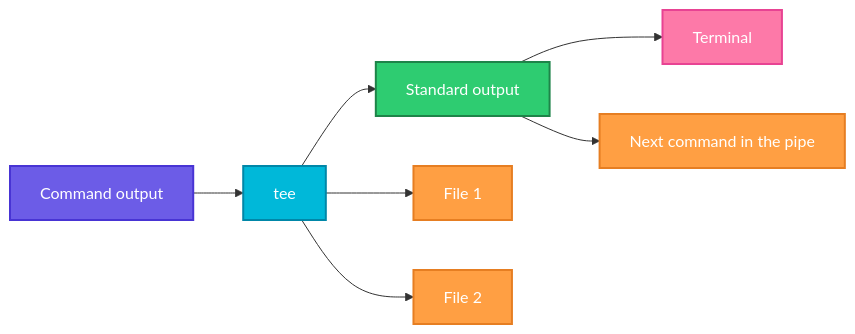
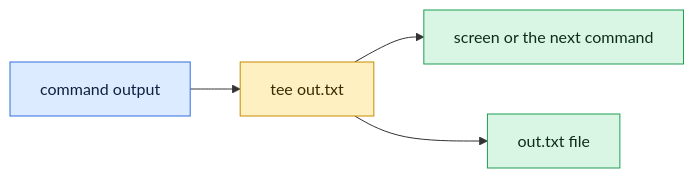
One commit to codeKerdosTech/DevOps-Documentation changed the diagram in linux/text-processing/tee.md. Above: the diagram before and after it, drawn with Mermaid. The commit also changed other lines of this file and 165 other files, not shown here.

Commit message:
updated diagrams in linux

````diff
--- a/linux/text-processing/tee.md
+++ b/linux/text-processing/tee.md
@@ -16,22 +16,14 @@
 ```mermaid
 flowchart LR
-    A[Command output] --> B[tee]
-    B --> C[Standard output]
-    B --> D[File 1]
-    B --> E[File 2]
-    C --> F[Terminal]
-    C --> G[Next command in the pipe]
-    classDef start fill:#6C5CE7,stroke:#4834D4,stroke-width:2px,color:#fff
-    classDef proc fill:#00B8D9,stroke:#0087A8,stroke-width:2px,color:#fff
-    classDef dec fill:#FFC312,stroke:#E1A100,stroke-width:2px,color:#222
-    classDef ok fill:#2ECC71,stroke:#1E8449,stroke-width:2px,color:#fff
-    classDef err fill:#FF4757,stroke:#C0392B,stroke-width:2px,color:#fff
-    classDef out fill:#FD79A8,stroke:#E84393,stroke-width:2px,color:#fff
-    classDef alt fill:#FF9F43,stroke:#E67E22,stroke-width:2px,color:#fff
-    class A start
-    class B proc
-    class C ok
-    class D,E alt
-    class F out
-    class G alt
+    i1[command output] --> c1[tee out.txt]
+    c1 --> o1[screen or the next command]
+    c1 --> o2[out.txt file]
+    classDef inp fill:#DCEBFF,stroke:#2F6FDE,color:#10213F
+    classDef cmd fill:#FFF0C2,stroke:#C98A00,color:#3A2A00
+    classDef out fill:#D9F5E3,stroke:#1F9D55,color:#0B2E1A
+    classDef bad fill:#FDE0E0,stroke:#D13B3B,color:#4A0F0F
+    classDef note fill:#ECEFF3,stroke:#7B8794,color:#1F2933
+    class i1 inp
+    class c1 cmd
+    class o1,o2 out
 ```
````
